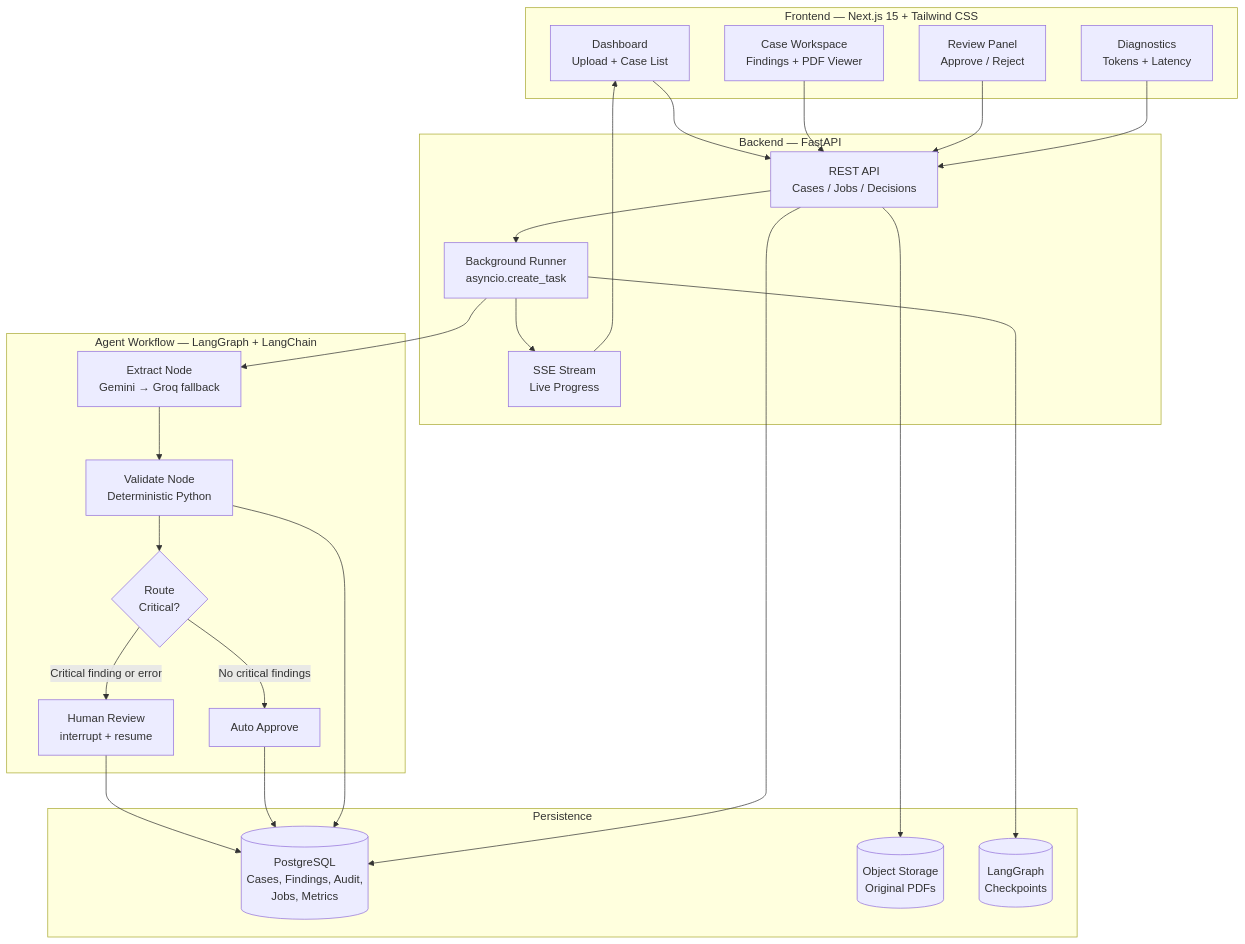
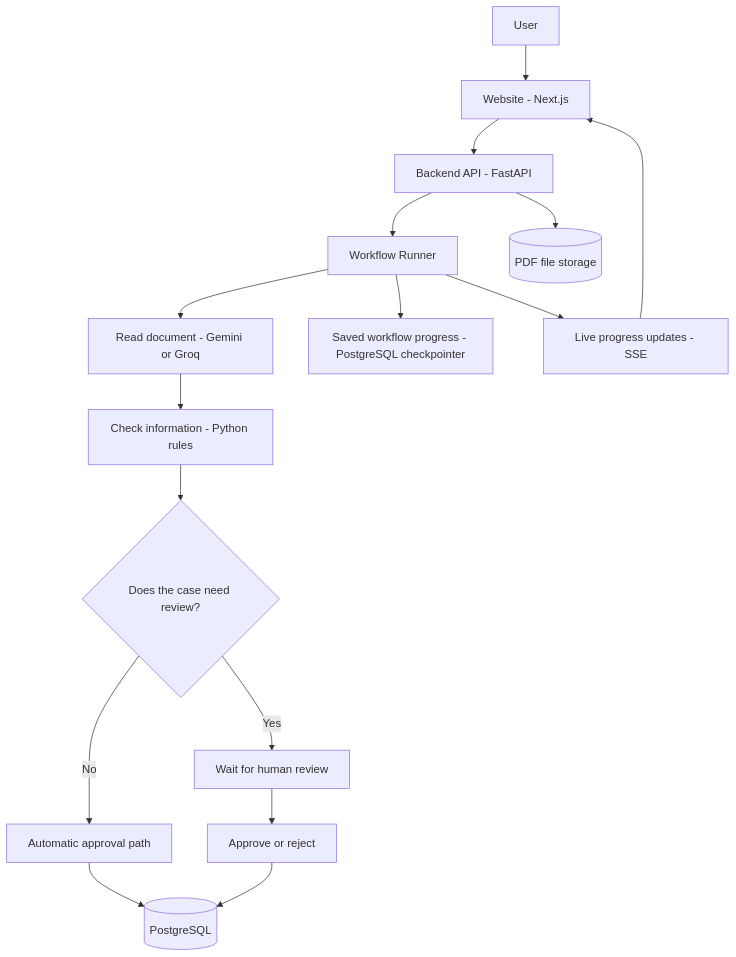
The diagram in README.md (Damith-Darshana/vendorPilotAI), drawn with Mermaid before and after one commit. The commit also changed other lines of this file, not shown here.

````diff
--- a/README.md
+++ b/README.md
@@ -133,48 +188,18 @@
-``` mermaid
-flowchart TB
-    subgraph Frontend["Frontend — Next.js 15 + Tailwind CSS"]
-        UI["Dashboard<br/>Upload + Case List"]
-        CW["Case Workspace<br/>Findings + PDF Viewer"]
-        RP["Review Panel<br/>Approve / Reject"]
-        DX["Diagnostics<br/>Tokens + Latency"]
-    end
-
-    subgraph Backend["Backend — FastAPI"]
-        API["REST API<br/>Cases / Jobs / Decisions"]
-        SSE["SSE Stream<br/>Live Progress"]
-        BG["Background Runner<br/>asyncio.create_task"]
-    end
-
-    subgraph Intelligence["Agent Workflow — LangGraph + LangChain"]
-        EX["Extract Node<br/>Gemini → Groq fallback"]
-        VA["Validate Node<br/>Deterministic Python"]
-        RT{"Route<br/>Critical?"}
-        HR["Human Review<br/>interrupt + resume"]
-        AA["Auto Approve"]
-    end
-
-    subgraph Persistence["Persistence"]
-        PG[("PostgreSQL<br/>Cases, Findings, Audit,<br/>Jobs, Metrics")]
-        OBJ[("Object Storage<br/>Original PDFs")]
-        CKPT[("LangGraph<br/>Checkpoints")]
-    end
-
-    UI --> API
-    CW --> API
-    RP --> API
-    DX --> API
-    API --> BG
-    BG --> EX
-    EX --> VA
-    VA --> RT
-    RT -->|Critical finding or error| HR
-    RT -->|No critical findings| AA
-    HR --> PG
-    AA --> PG
-    VA --> PG
-    BG --> CKPT
-    BG --> SSE
-    SSE --> UI
-    API --> PG
-    API --> OBJ
+```mermaid
+flowchart TD
+    USER["User"] --> WEB["Website - Next.js"]
+    WEB --> API["Backend API - FastAPI"]
+    API --> WORKER["Workflow Runner"]
+    WORKER --> AI["Read document - Gemini or Groq"]
+    AI --> CHECK["Check information - Python rules"]
+    CHECK --> ROUTE{"Does the case need review?"}
+    ROUTE -->|"No"| AUTO["Automatic approval path"]
+    ROUTE -->|"Yes"| HUMAN["Wait for human review"]
+    HUMAN --> DECISION["Approve or reject"]
+    AUTO --> DB[("PostgreSQL")]
+    DECISION --> DB
+    API --> FILES[("PDF file storage")]
+    WORKER --> SAVED["Saved workflow progress - PostgreSQL checkpointer"]
+    WORKER --> UPDATES["Live progress updates - SSE"]
+    UPDATES --> WEB
 ```
````
